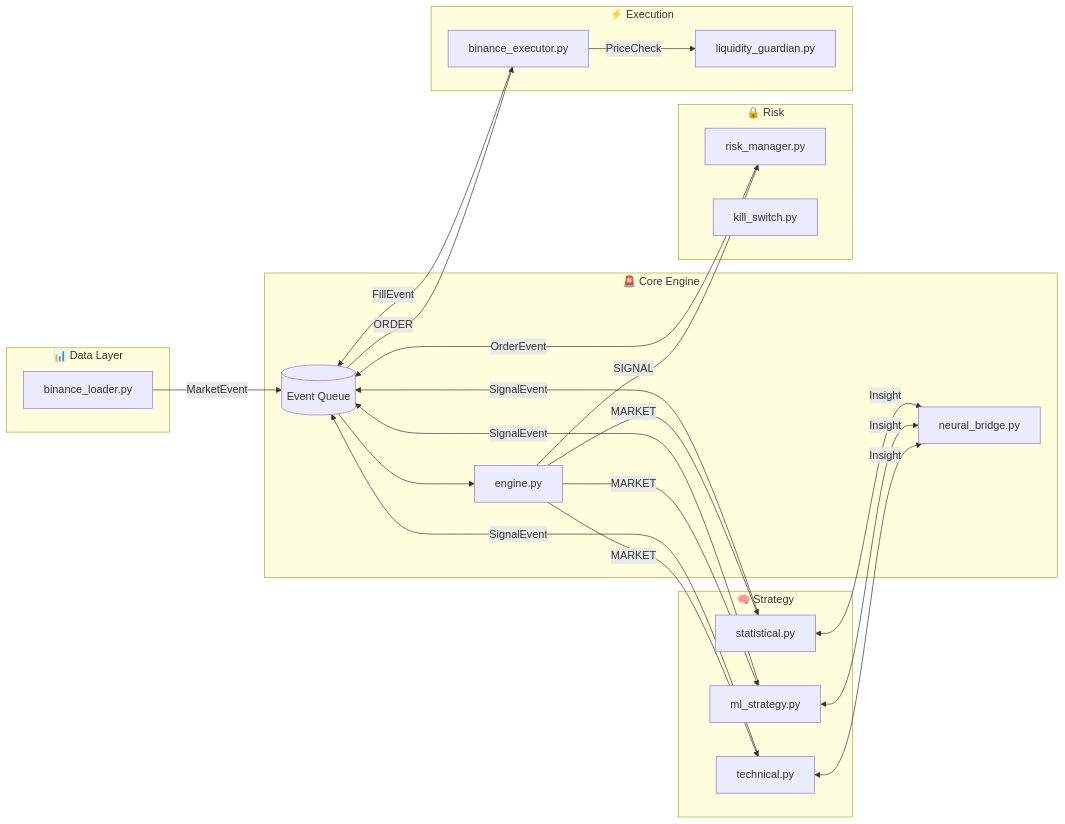
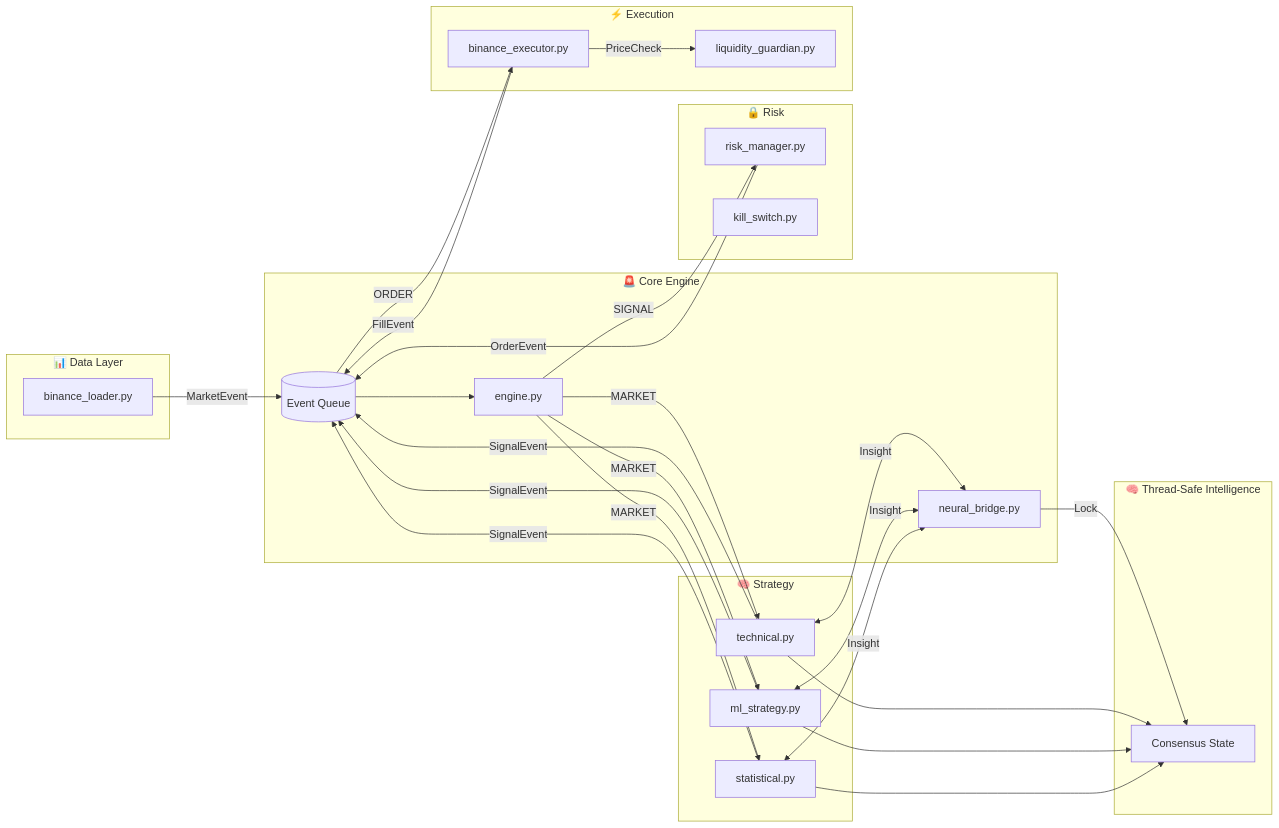
The first of 4 diagrams in docs/ARCHITECTURE.md (Jhona-la/Trader-Gemini), drawn with Mermaid before and after one commit. The commit also changed other lines of this file and 289 other files, not shown here.

````diff
--- a/docs/ARCHITECTURE.md
+++ b/docs/ARCHITECTURE.md
@@ -75,44 +76,50 @@
 ```mermaid
 flowchart LR
     subgraph Data["📊 Data Layer"]
         BL[binance_loader.py]
     end
     
     subgraph Core["🚨 Core Engine"]
         EQ[(Event Queue)]
         EN[engine.py]
         NB[neural_bridge.py]
     end
     
     subgraph Strategy["🧠 Strategy"]
         TS[technical.py]
         ML[ml_strategy.py]
         ST[statistical.py]
     end
     
     subgraph Risk["🔒 Risk"]
         RM[risk_manager.py]
         KS[kill_switch.py]
     end
     
     subgraph Exec["⚡ Execution"]
         BE[binance_executor.py]
         LG[liquidity_guardian.py]
     end
     
     BL -->|MarketEvent| EQ
     EQ --> EN
     EN -->|MARKET| TS & ML & ST
     
     TS & ML & ST <-->|Insight| NB
     
     TS -->|SignalEvent| EQ
     ML -->|SignalEvent| EQ
     ST -->|SignalEvent| EQ
     
     EN -->|SIGNAL| RM
     RM -->|OrderEvent| EQ
     EQ -->|ORDER| BE
     BE -->|PriceCheck| LG
     BE -->|FillEvent| EQ
+    
+    subgraph SharedBrain["🧠 Thread-Safe Intelligence"]
+        NB -->|Lock| NB_State[Consensus State]
+    end
+    
+    TS & ML & ST --> NB_State
 ```
````
